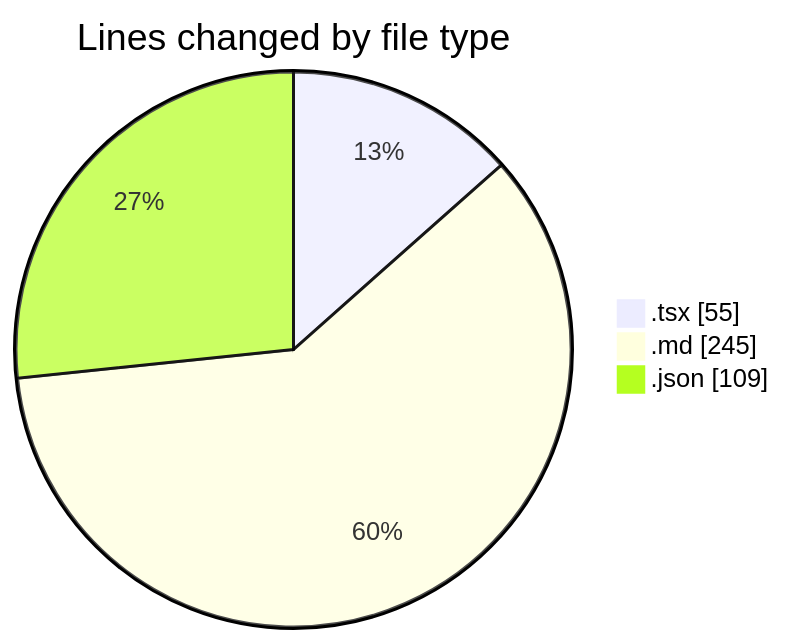
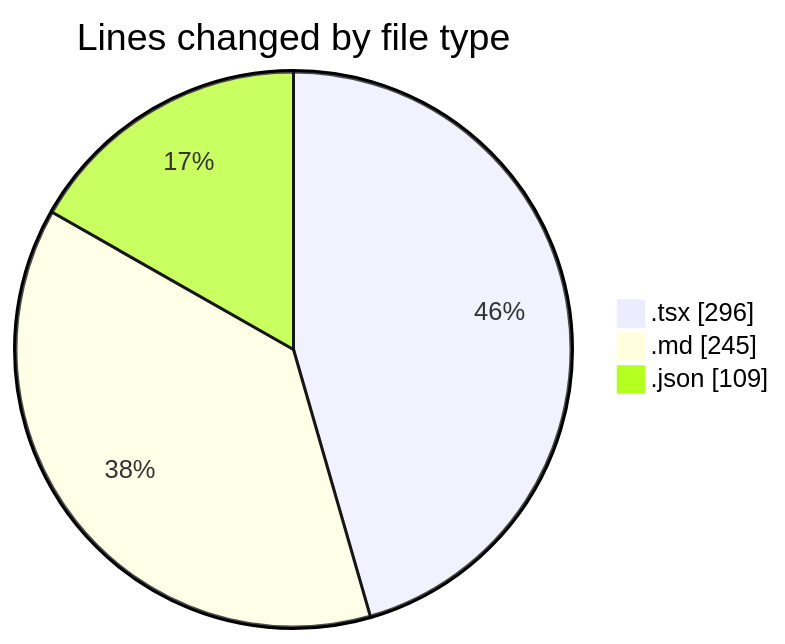
One commit to momahboobian/code-tracking changed the first of 2 diagrams in 2025-12-12/cda/README.md. Above: the diagram before and after it, drawn with Mermaid. The commit also changed other lines of this file and 1 other file, not shown here.

````diff
--- a/2025-12-12/cda/README.md
+++ b/2025-12-12/cda/README.md
@@ -23,7 +24,7 @@
 ```mermaid
 pie showData
 title Lines changed by file type
-".tsx" : 55
+".tsx" : 296
 ".md" : 245
 ".json" : 109
 ```
````
